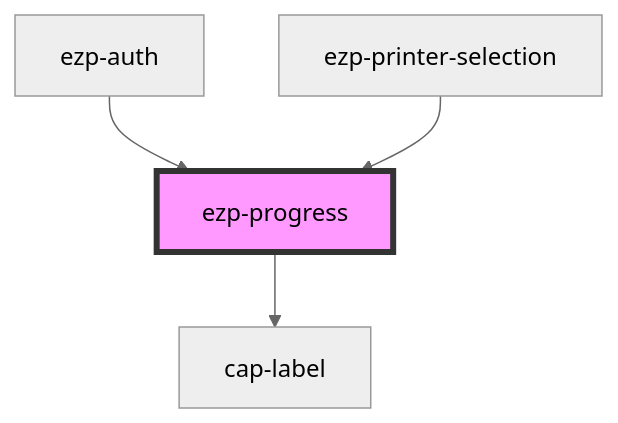
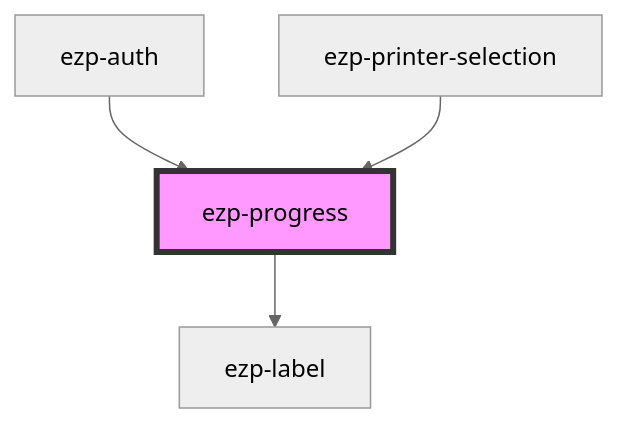
One commit to ezeep/ezeep-js changed the diagram in src/components/ezp-progress/readme.md. Above: the diagram before and after it, drawn with Mermaid (neutral theme). The commit also changed other lines of this file and 42 other files, not shown here.

````diff
--- a/src/components/ezp-progress/readme.md
+++ b/src/components/ezp-progress/readme.md
@@ -24,7 +24,7 @@
 ```mermaid
 graph TD;
-  ezp-progress --> cap-label
+  ezp-progress --> ezp-label
   ezp-auth --> ezp-progress
   ezp-printer-selection --> ezp-progress
   style ezp-progress fill:#f9f,stroke:#333,stroke-width:4px
 ```
````
